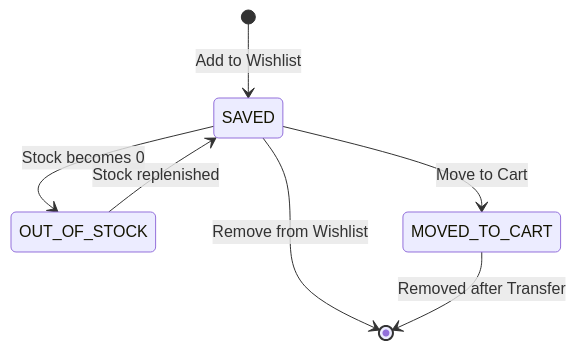
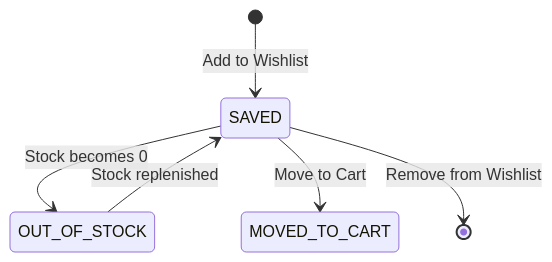
The first of 2 diagrams in docs/screen/Wishlist_Cart/Detailed Design/DD_Wishlist_CartPage_01_MODULE_OVERVIEW.md (khaingthinthinwin-dev/skin-analysis), drawn with Mermaid before and after one commit. The commit also changed other lines of this file, not shown here.

Commit message:
Wishlist_Cart/Detailed Design/DD_Wishlist_CartPage_01_MODULE_OVERVIEW.md

````diff
--- a/docs/screen/Wishlist_Cart/Detailed Design/DD_Wishlist_CartPage_01_MODULE_OVERVIEW.md
+++ b/docs/screen/Wishlist_Cart/Detailed Design/DD_Wishlist_CartPage_01_MODULE_OVERVIEW.md
@@ -35,9 +39,8 @@
 ```mermaid
 stateDiagram-v2
     [*] --> SAVED : Add to Wishlist
     SAVED --> OUT_OF_STOCK : Stock becomes 0
     OUT_OF_STOCK --> SAVED : Stock replenished
     SAVED --> MOVED_TO_CART : Move to Cart
     SAVED --> [*] : Remove from Wishlist
-    MOVED_TO_CART --> [*] : Removed after Transfer
 ```
````
